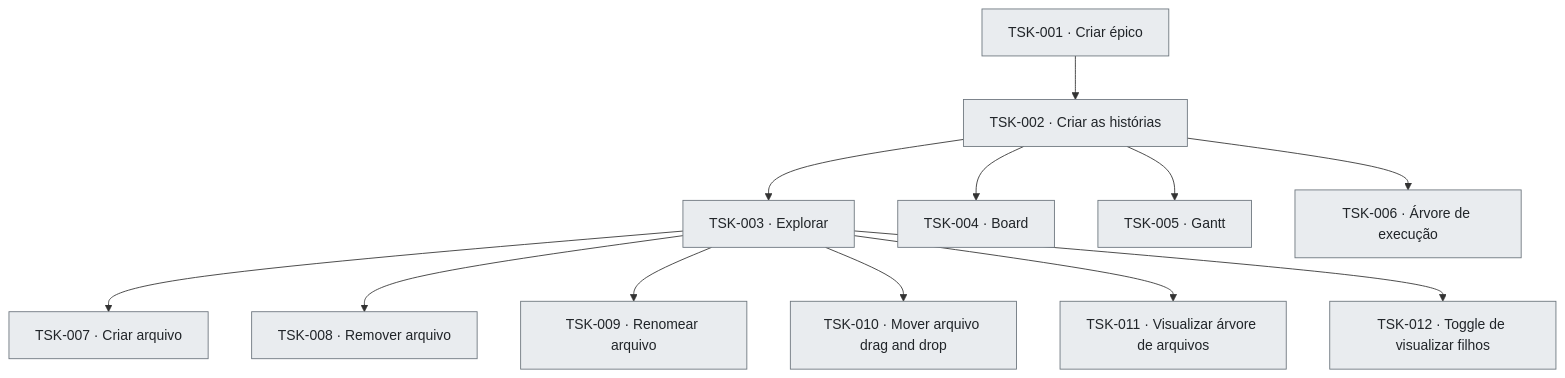
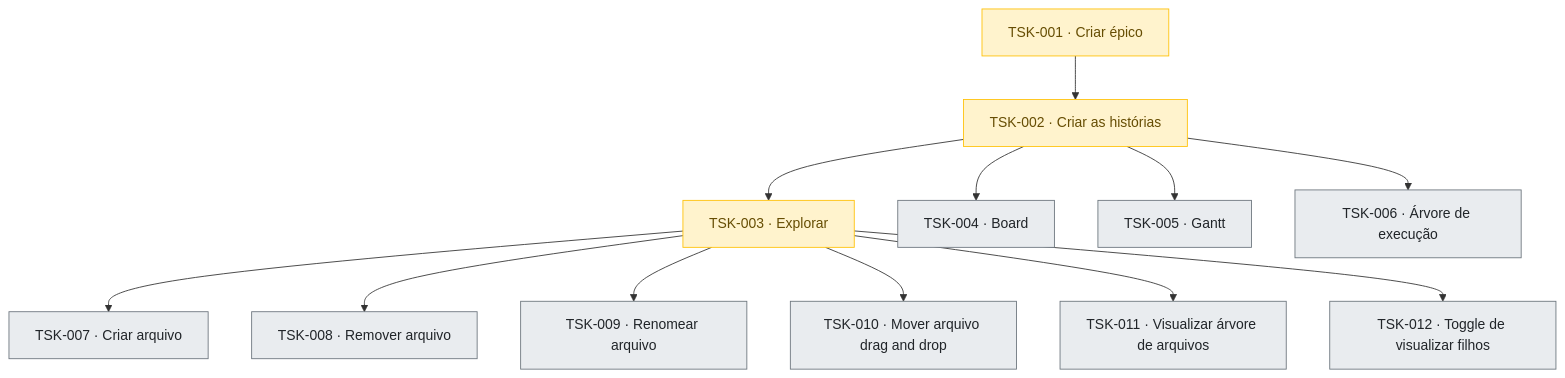
One commit to laerciogermano/workstation changed the diagram in board.md. Above: the diagram before and after it, drawn with Mermaid. The commit also changed other lines of this file and 5 other files, not shown here.

Commit message:
Update task statuses in board and README documentation to reflect progress, changing 'Todo' to 'Doing' for tasks 'Criar épico', 'Criar as histórias', and 'Explorar'. This enhances clarity on current project status and task progression.

````diff
--- a/board.md
+++ b/board.md
@@ -25,33 +25,34 @@
 ```mermaid
 flowchart TD
   T001["TSK-001 · Criar épico"]
   T002["TSK-002 · Criar as histórias"]
   T003["TSK-003 · Explorar"]
   T007["TSK-007 · Criar arquivo"]
   T008["TSK-008 · Remover arquivo"]
   T009["TSK-009 · Renomear arquivo"]
   T010["TSK-010 · Mover arquivo drag and drop"]
   T011["TSK-011 · Visualizar árvore de arquivos"]
   T012["TSK-012 · Toggle de visualizar filhos"]
   T004["TSK-004 · Board"]
   T005["TSK-005 · Gantt"]
   T006["TSK-006 · Árvore de execução"]
 
   T001 --> T002
   T002 --> T003
   T003 --> T007
   T003 --> T008
   T003 --> T009
   T003 --> T010
   T003 --> T011
   T003 --> T012
   T002 --> T004
   T002 --> T005
   T002 --> T006
 
   classDef done fill:#d4edda,stroke:#198754,color:#0f5132
   classDef doing fill:#fff3cd,stroke:#ffc107,color:#664d03
   classDef todo fill:#e9ecef,stroke:#6c757d,color:#212529
 
-  class T001,T002,T003,T004,T005,T006,T007,T008,T009,T010,T011,T012 todo
+  class T001,T002,T003 doing
+  class T004,T005,T006,T007,T008,T009,T010,T011,T012 todo
 ```
````
